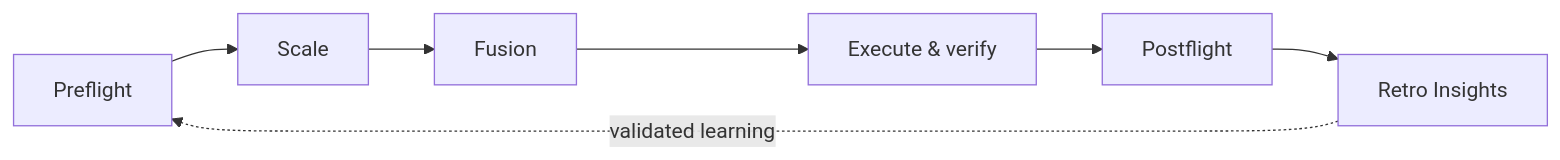
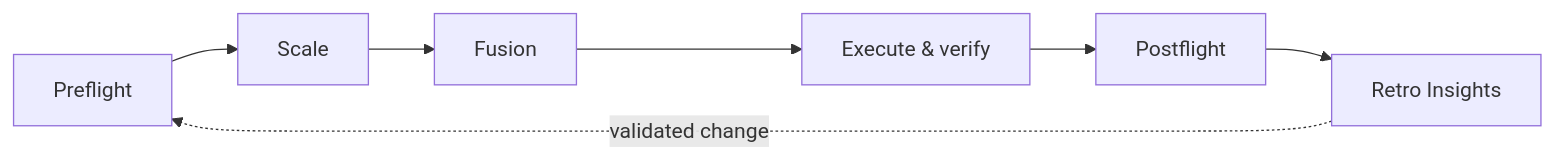
Before and after one commit to Kyoyen/thinking-workflow-agent-skills: the diagram in README.en.md, drawn with Mermaid. The commit also changed other lines of this file and 4 other files, not shown here.

````diff
--- a/README.en.md
+++ b/README.en.md
@@ -13,9 +15,9 @@
 ```mermaid
 flowchart LR
     A["Preflight"] --> B["Scale"]
     B --> C["Fusion"]
     C --> D["Execute & verify"]
     D --> E["Postflight"]
     E --> F["Retro Insights"]
-    F -. "validated learning" .-> A
+    F -. "validated change" .-> A
 ```
````
